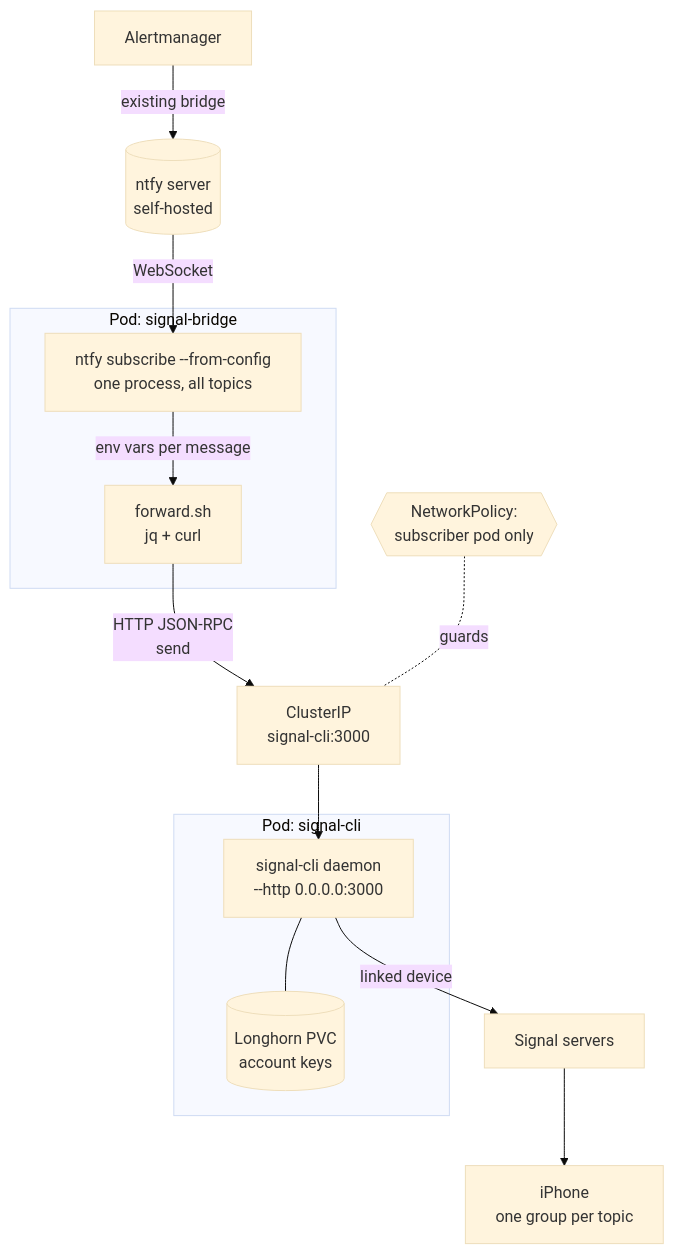
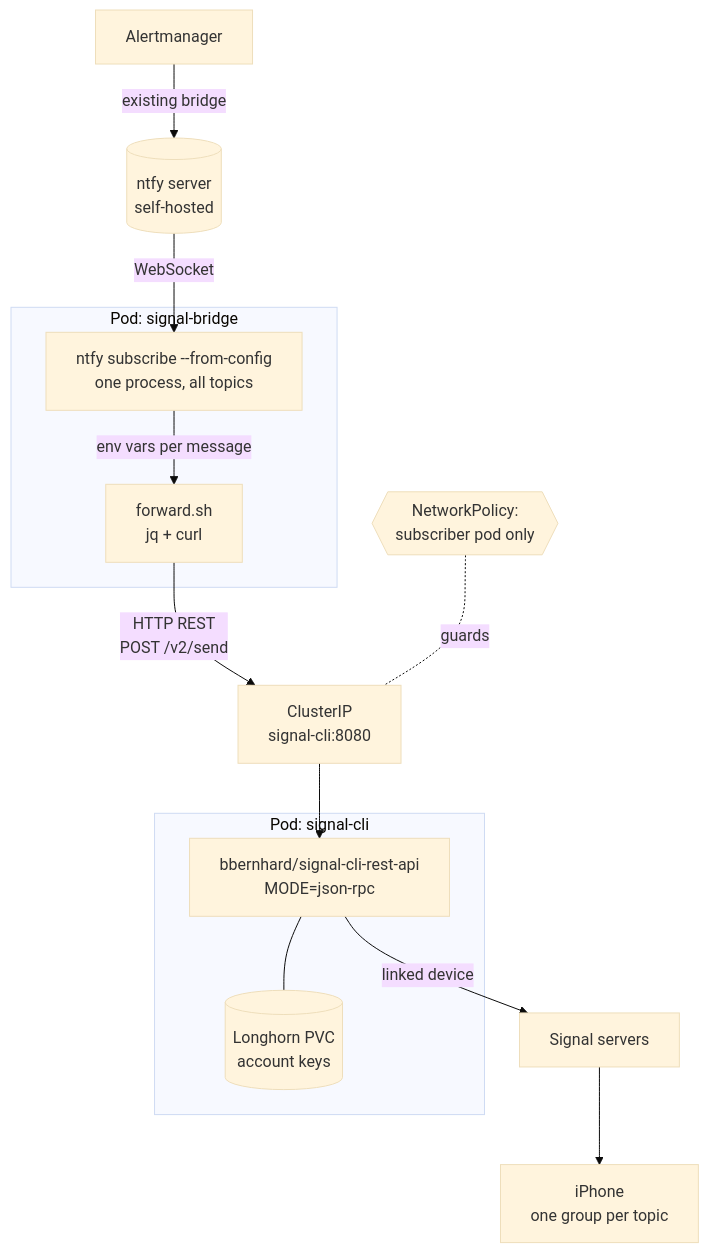
The diagram in docs/alerting/signal-bridge-prd.md (mcrors/home-lab), drawn with Mermaid (base theme) before and after one commit. The commit also changed other lines of this file and 9 other files, not shown here.

````diff
--- a/docs/alerting/signal-bridge-prd.md
+++ b/docs/alerting/signal-bridge-prd.md
@@ -98,24 +98,24 @@
 ```mermaid
 flowchart TD
     AM[Alertmanager] -->|existing bridge| NTFY[(ntfy server<br/>self-hosted)]
 
     subgraph P1["Pod: signal-bridge"]
         CLI["ntfy subscribe --from-config<br/>one process, all topics"]
         SH["forward.sh<br/>jq + curl"]
         CLI -->|env vars per message| SH
     end
 
     subgraph P2["Pod: signal-cli"]
-        D["signal-cli daemon<br/>--http 0.0.0.0:3000"]
+        D["bbernhard/signal-cli-rest-api<br/>MODE=json-rpc"]
         PVC[("Longhorn PVC<br/>account keys")]
         D --- PVC
     end
 
     NTFY -->|WebSocket| CLI
-    SH -->|"HTTP JSON-RPC<br/>send"| SVC[ClusterIP<br/>signal-cli:3000]
+    SH -->|"HTTP REST<br/>POST /v2/send"| SVC[ClusterIP<br/>signal-cli:8080]
     SVC --> D
     D -->|linked device| SIG[Signal servers]
     SIG --> PHONE[iPhone<br/>one group per topic]
 
     NP{{NetworkPolicy:<br/>subscriber pod only}} -.guards.- SVC
 ```
````
